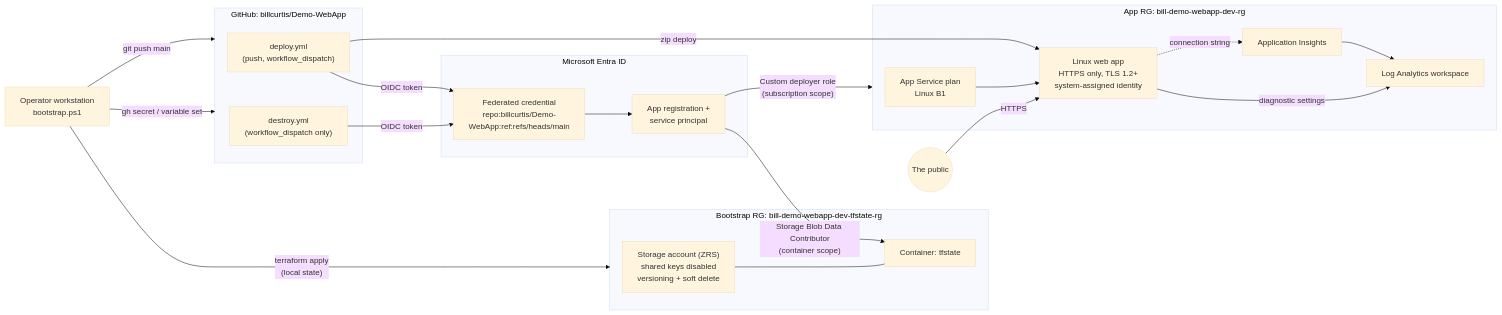
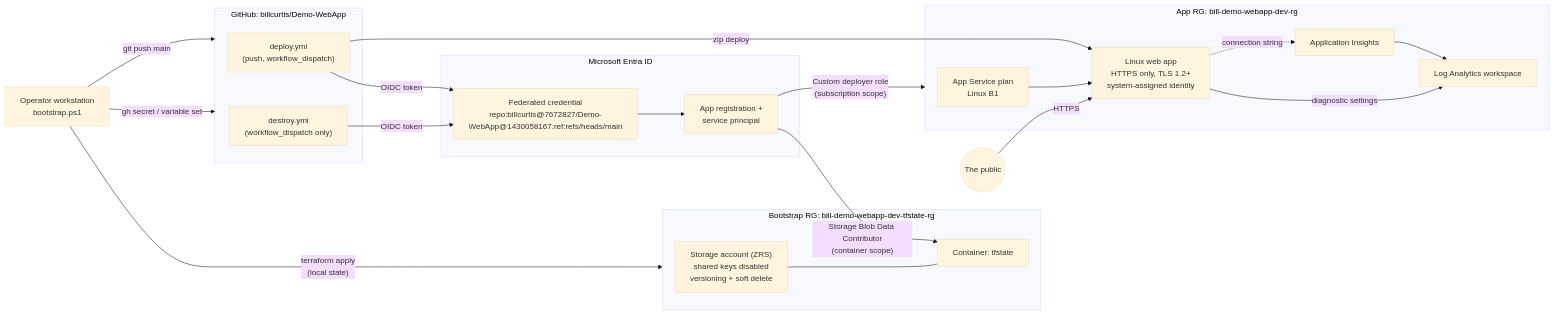
The diagram in README.md (billcurtis/Demo-WebApp), drawn with Mermaid (base theme) before and after one commit. The commit also changed other lines of this file and 4 other files, not shown here.

Commit message:
Use GitHub immutable OIDC subject for the federated credential

````diff
--- a/README.md
+++ b/README.md
@@ -36,41 +36,41 @@
 ```mermaid
 flowchart LR
     dev["Operator workstation<br/>bootstrap.ps1"] -->|"terraform apply<br/>(local state)"| boot
     dev -->|"gh secret / variable set"| gh
     dev -->|git push main| gh
 
     subgraph gh["GitHub: billcurtis/Demo-WebApp"]
         deploy["deploy.yml<br/>(push, workflow_dispatch)"]
         destroy["destroy.yml<br/>(workflow_dispatch only)"]
     end
 
     subgraph entra["Microsoft Entra ID"]
         app["App registration +<br/>service principal"]
-        fic["Federated credential<br/>repo:billcurtis/Demo-WebApp:ref:refs/heads/main"]
+        fic["Federated credential<br/>repo:billcurtis@7672827/Demo-WebApp@1430058167:ref:refs/heads/main"]
     end
 
     subgraph boot["Bootstrap RG: bill-demo-webapp-dev-tfstate-rg"]
         sa["Storage account (ZRS)<br/>shared keys disabled<br/>versioning + soft delete"]
         ct["Container: tfstate"]
         sa --- ct
     end
 
     subgraph appRg["App RG: bill-demo-webapp-dev-rg"]
         plan["App Service plan<br/>Linux B1"]
         web["Linux web app<br/>HTTPS only, TLS 1.2+<br/>system-assigned identity"]
         law["Log Analytics workspace"]
         appi["Application Insights"]
         plan --> web
         web -->|diagnostic settings| law
         appi --> law
         web -.->|connection string| appi
     end
 
     deploy -->|OIDC token| fic
     destroy -->|OIDC token| fic
     fic --> app
     app -->|"Storage Blob Data Contributor<br/>(container scope)"| ct
     app -->|"Custom deployer role<br/>(subscription scope)"| appRg
     deploy -->|zip deploy| web
     users(("The public")) -->|HTTPS| web
 ```
````
